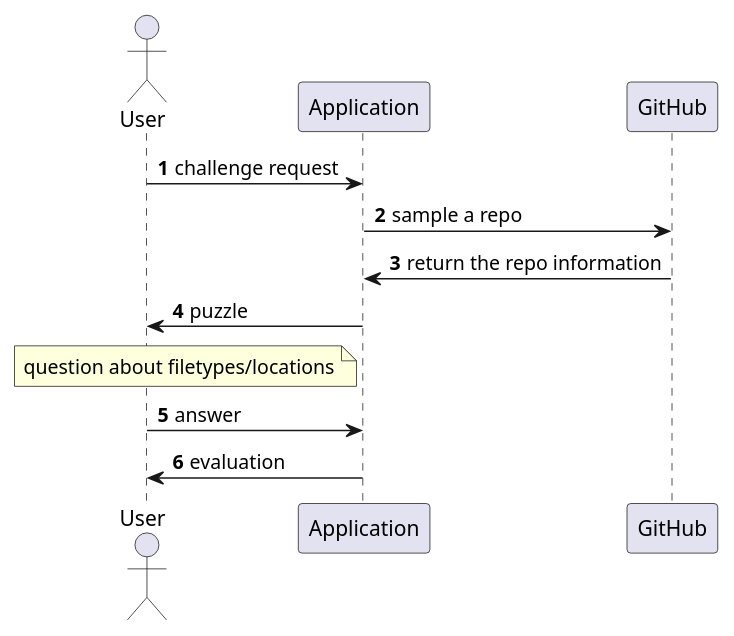
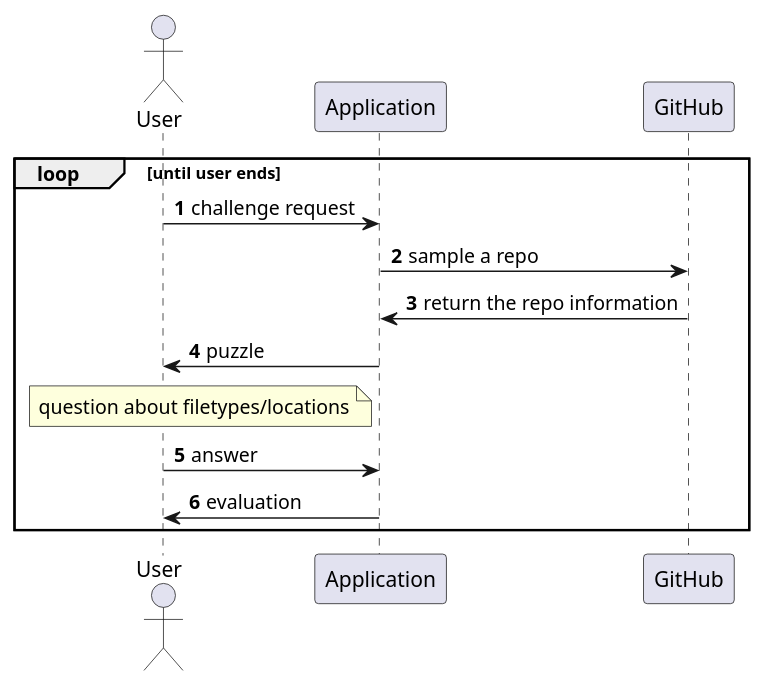
The diagram in docs/figures/diagrams/game_github.iuml (maciejskorski/software_engineering), drawn with PlantUML before and after one commit.

Commit message:
update UML example

```diff
--- a/docs/figures/diagrams/game_github.iuml
+++ b/docs/figures/diagrams/game_github.iuml
@@ -1,15 +1,17 @@
 @startuml
 autonumber
 
 actor User as user
 participant "Application" as app
 participant "GitHub" as github
 
-user -> app: challenge request
-app -> github: sample a repo
-github -> app: return the repo information
-app -> user: puzzle
-note left of app: question about filetypes/locations
-user -> app: answer
-app -> user: evaluation
+loop until user ends
+    user -> app: challenge request
+    app -> github: sample a repo
+    github -> app: return the repo information
+    app -> user: puzzle
+    note left of app: question about filetypes/locations
+    user -> app: answer
+    app -> user: evaluation
+end 
 @enduml
```
